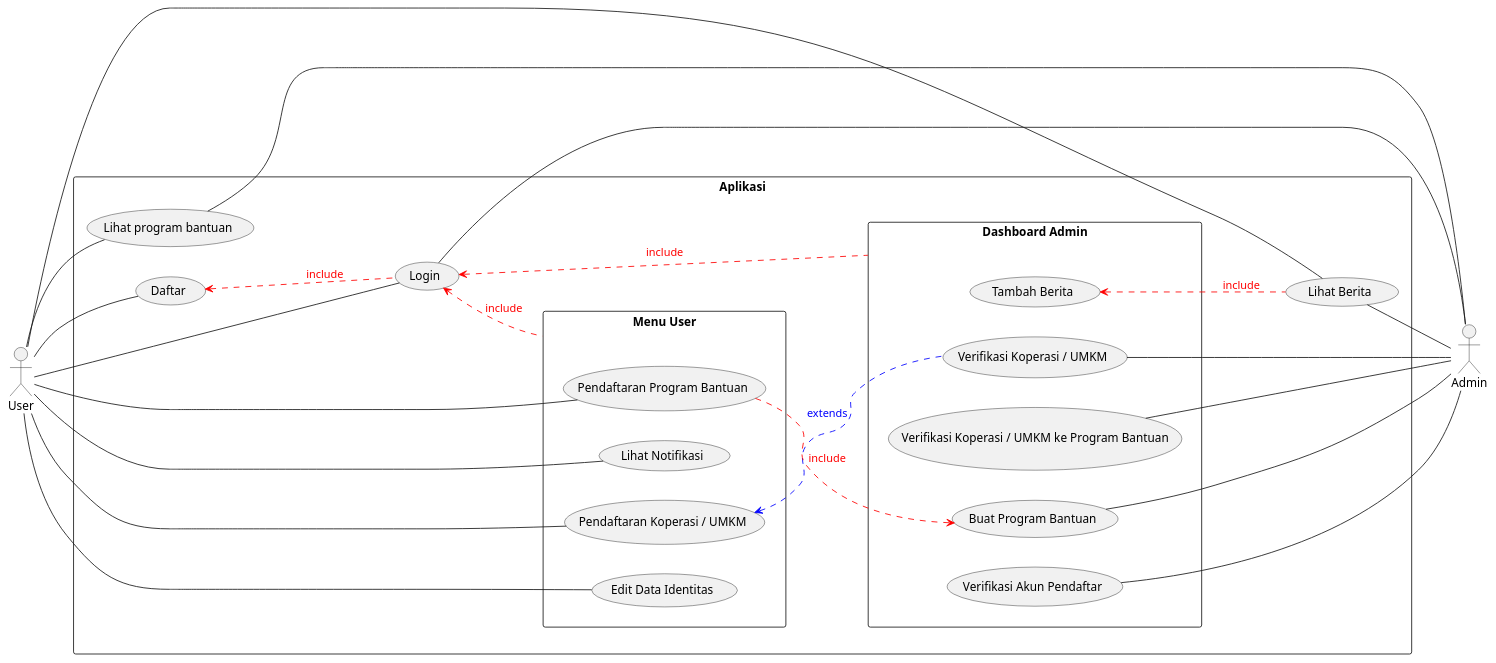
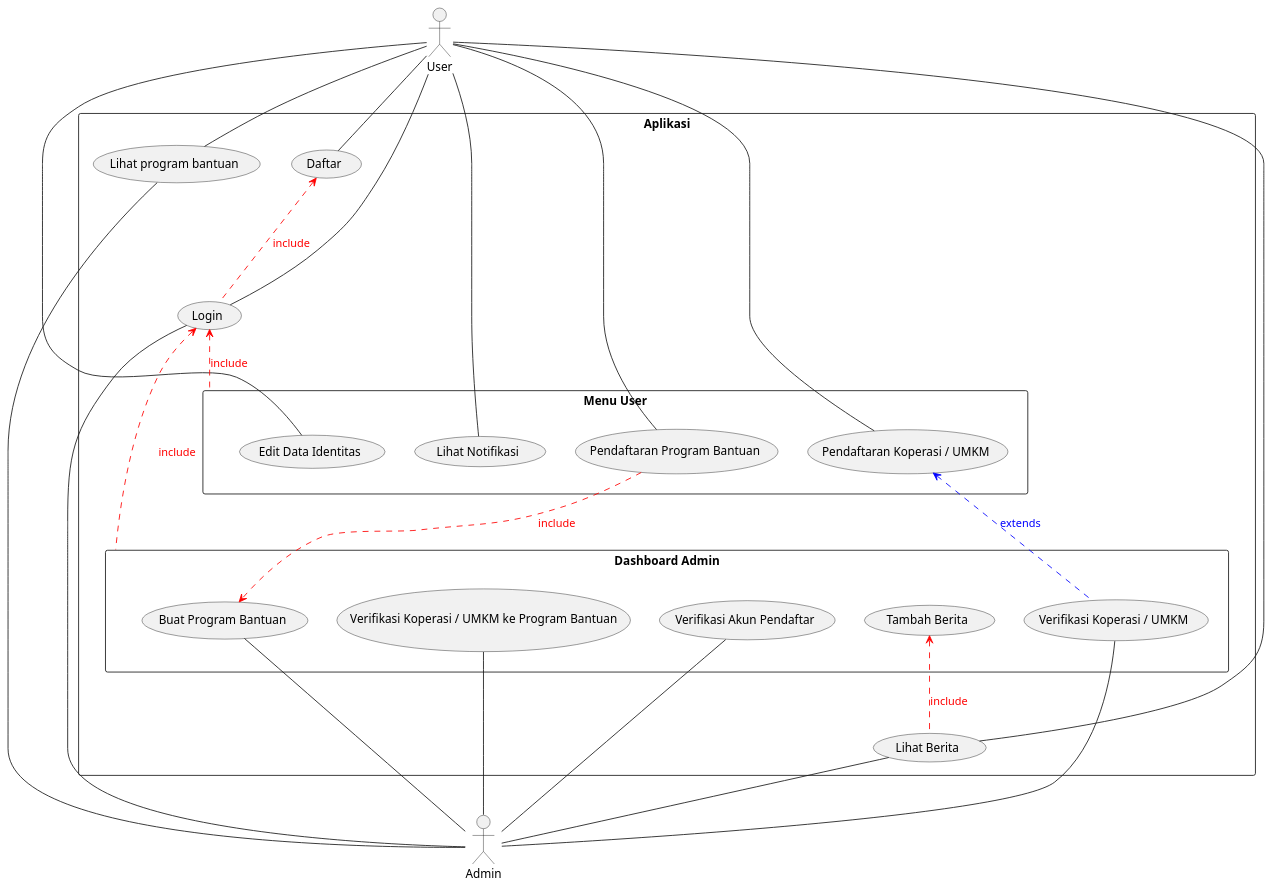
The diagram in diagrams/usecase.puml (vithiaz/umkm_registration), drawn with PlantUML before and after one commit. The commit also changed 3 other files, not shown here.

```diff
--- a/diagrams/usecase.puml
+++ b/diagrams/usecase.puml
@@ -1,61 +1,61 @@
-left to right direction
+' left to right direction
 skinparam PackageStyle recangle
 
 actor Admin
 actor User
 
 rectangle Aplikasi {
 
     rectangle "Dashboard Admin" as admin_menu {
         usecase "Verifikasi Akun Pendaftar" as account_verify
         usecase "Verifikasi Koperasi / UMKM" as umkm_verify
         usecase "Buat Program Bantuan" as create_program
         usecase "Verifikasi Koperasi / UMKM ke Program Bantuan" as verify_program_member
         usecase "Tambah Berita" as create_news
     }
 
     
     usecase "Lihat Berita" as view_news
     usecase "Lihat program bantuan" as view_program
 
     rectangle "Menu User" as user_menu {
         usecase "Pendaftaran Koperasi / UMKM" as register_umkm
         usecase "Edit Data Identitas" as edit_account
         usecase "Pendaftaran Program Bantuan" as register_program
         usecase "Lihat Notifikasi" as view_notification
     }
 
     usecase Login
     usecase Daftar
 }
 
 
 
 
 Login -- Admin
 view_program -- Admin
 account_verify -- Admin
 umkm_verify -- Admin
 create_program -- Admin
 verify_program_member -- Admin
 view_news -- Admin
 
 create_news <-down. view_news #line:red;text:red; : include
 register_umkm <-down. umkm_verify #line:blue;text:blue; : extends
 
 register_program .> create_program #line:red;text:red; : include
 
 User -- Login
 User -- view_news
 User -- register_umkm
 User -- view_program
 User -- edit_account
 User -- register_program
 User -- view_notification
 User -- Daftar
 
 
 
 Login .-up-> Daftar #line:red;text:red; : include
 admin_menu .up-> Login #line:red;text:red; : include
 user_menu .up-> Login #line:red;text:red; : include
```
